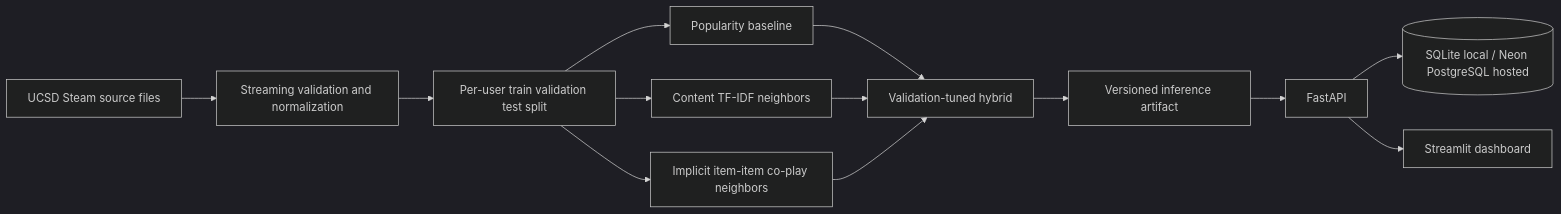
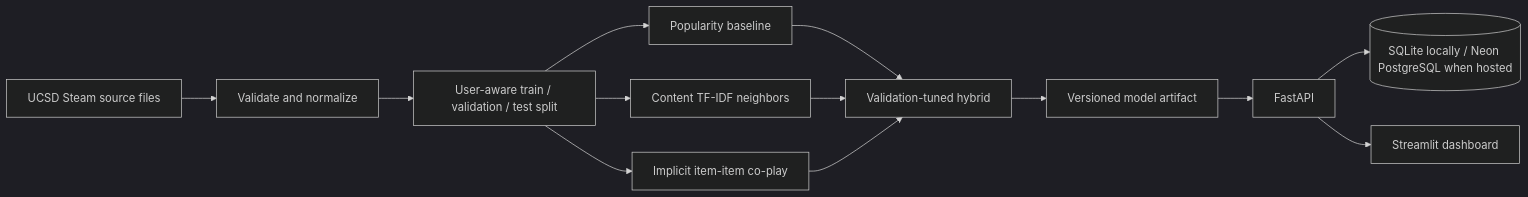
The diagram in README.md (chaitanya-maddala-236/GameMatch), drawn with Mermaid (dark theme) before and after one commit. The commit also changed other lines of this file, not shown here.

````diff
--- a/README.md
+++ b/README.md
@@ -9,15 +99,15 @@
 ```mermaid
 flowchart LR
-  A[UCSD Steam source files] --> B[Streaming validation and normalization]
-  B --> C[Per-user train validation test split]
+  A[UCSD Steam source files] --> B[Validate and normalize]
+  B --> C[User-aware train / validation / test split]
   C --> D[Popularity baseline]
   C --> E[Content TF-IDF neighbors]
-  C --> F[Implicit item-item co-play neighbors]
+  C --> F[Implicit item-item co-play]
   D --> G[Validation-tuned hybrid]
   E --> G
   F --> G
-  G --> H[Versioned inference artifact]
+  G --> H[Versioned model artifact]
   H --> I[FastAPI]
-  I --> J[(SQLite local / Neon PostgreSQL hosted)]
+  I --> J[(SQLite locally / Neon PostgreSQL when hosted)]
   I --> K[Streamlit dashboard]
 ```
````
